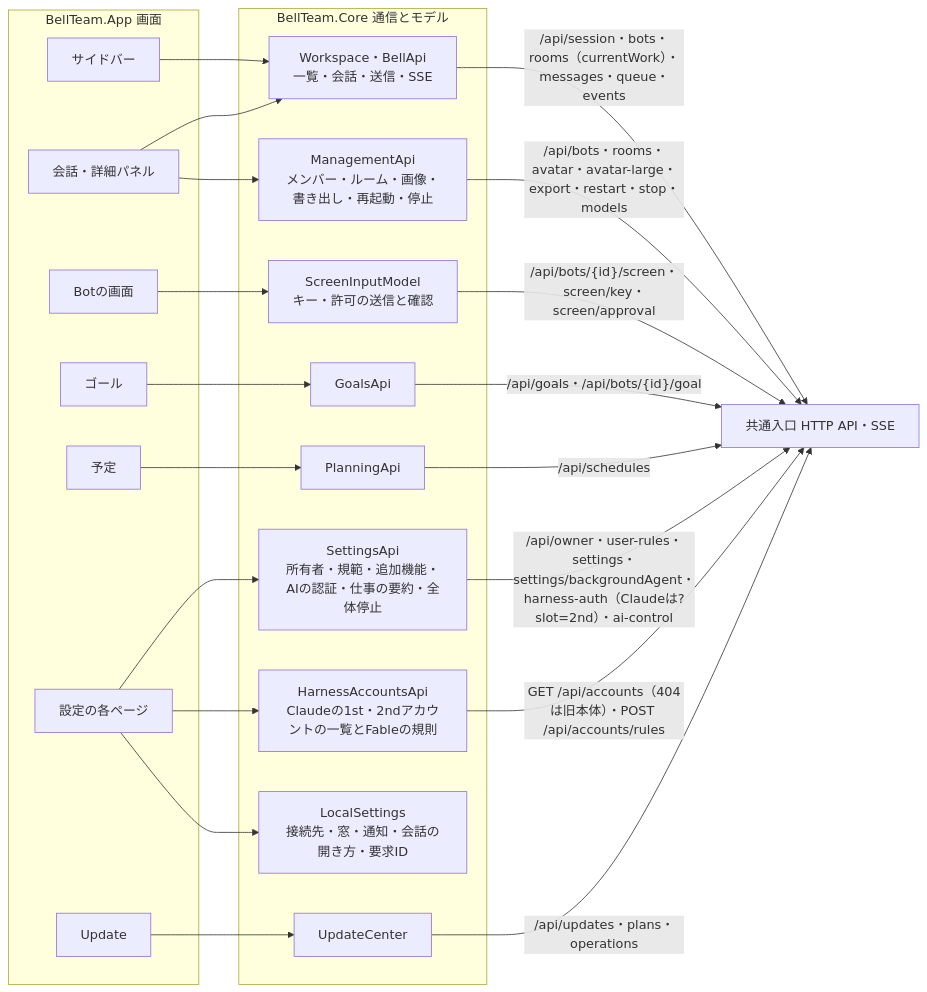
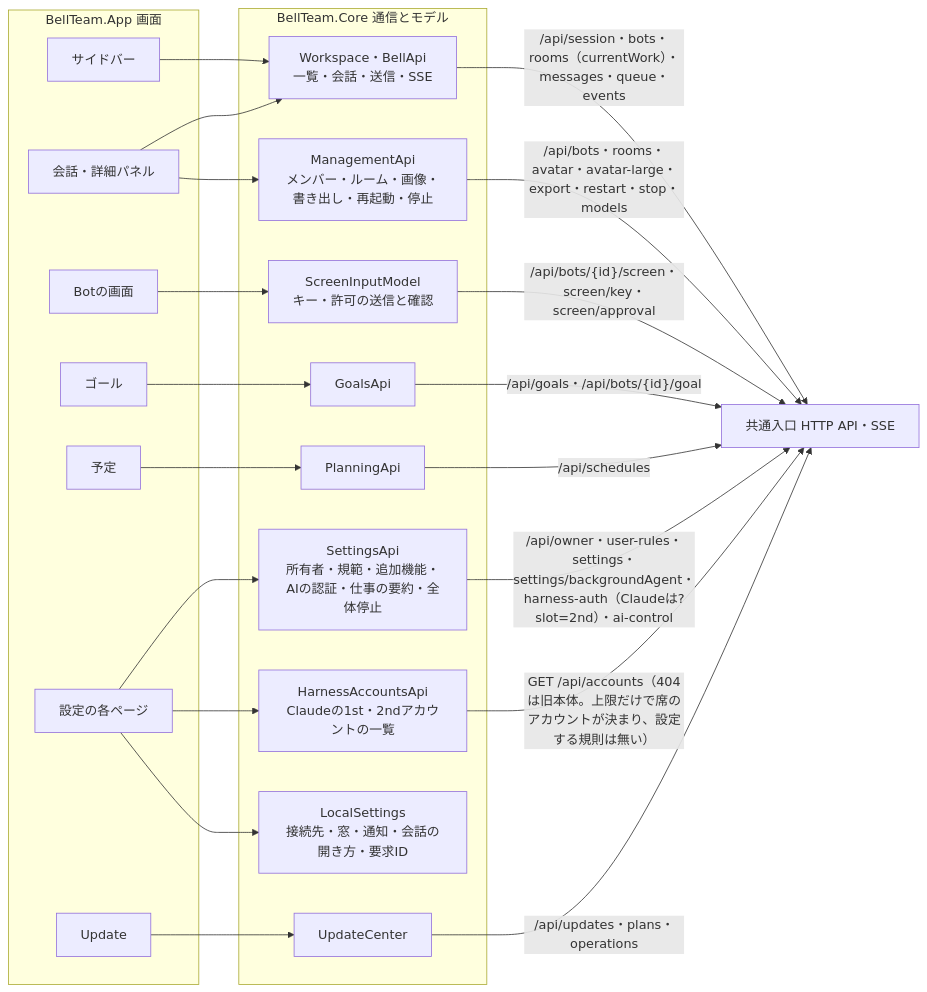
The fourth of 5 diagrams in docs/windows-architecture.md (kitepon/BellTeam), drawn with Mermaid before and after one commit. The commit also changed 12 other files, not shown here.

````diff
--- a/docs/windows-architecture.md
+++ b/docs/windows-architecture.md
@@ -78,41 +78,41 @@
 ```mermaid
 flowchart LR
   subgraph App[BellTeam.App 画面]
     A1[サイドバー]
     A2[会話・詳細パネル]
     A3[Botの画面]
     A4[ゴール]
     A5[予定]
     A6[設定の各ページ]
     A7[Update]
   end
   subgraph Core[BellTeam.Core 通信とモデル]
     C1[Workspace・BellApi<br/>一覧・会話・送信・SSE]
     C2[ManagementApi<br/>メンバー・ルーム・画像・書き出し・再起動・停止]
     C3[ScreenInputModel<br/>キー・許可の送信と確認]
     C4[GoalsApi]
     C5[PlanningApi]
     C6[SettingsApi<br/>所有者・規範・追加機能・AIの認証・仕事の要約・全体停止]
-    C9[HarnessAccountsApi<br/>Claudeの1st・2ndアカウントの一覧とFableの規則]
+    C9[HarnessAccountsApi<br/>Claudeの1st・2ndアカウントの一覧]
     C7[UpdateCenter]
     C8[LocalSettings<br/>接続先・窓・通知・会話の開き方・要求ID]
   end
   A1 --> C1
   A2 --> C1
   A2 --> C2
   A3 --> C3
   A4 --> C4
   A5 --> C5
   A6 --> C6
   A6 --> C9
   A6 --> C8
   A7 --> C7
   C1 -->|"/api/session・bots・rooms（currentWork）・messages・queue・events"| API[共通入口 HTTP API・SSE]
   C2 -->|"/api/bots・rooms・avatar・avatar-large・export・restart・stop・models"| API
   C3 -->|"/api/bots/{id}/screen・screen/key・screen/approval"| API
   C4 -->|"/api/goals・/api/bots/{id}/goal"| API
   C5 -->|"/api/schedules"| API
   C6 -->|"/api/owner・user-rules・settings・settings/backgroundAgent・harness-auth（Claudeは?slot=2nd）・ai-control"| API
   C7 -->|"/api/updates・plans・operations"| API
-  C9 -->|"GET /api/accounts（404は旧本体）・POST /api/accounts/rules"| API
+  C9 -->|"GET /api/accounts（404は旧本体。上限だけで席のアカウントが決まり、設定する規則は無い）"| API
 ```
````
